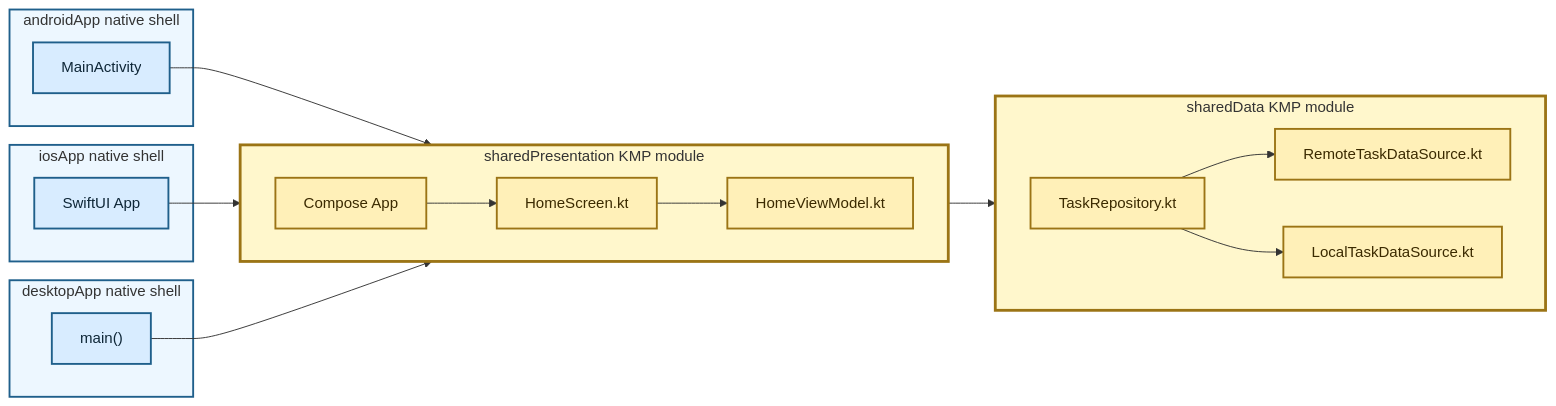
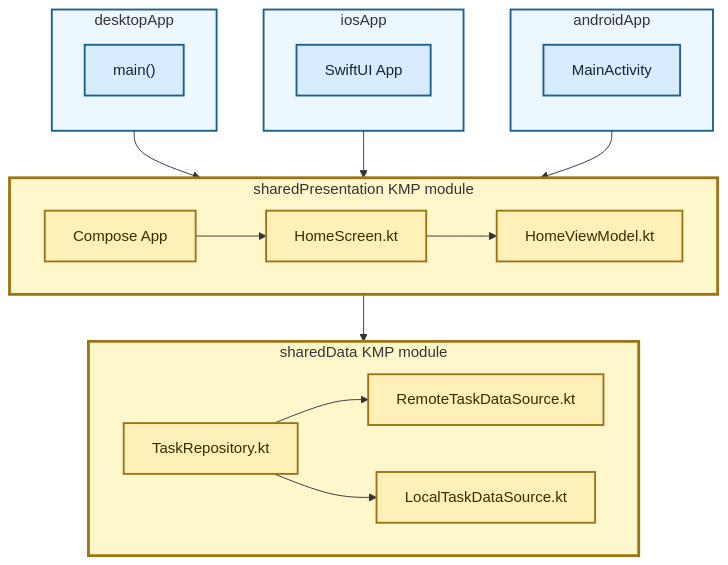
Before and after one commit to TheSetox/kmp-sample-diagrams: the diagram in diagrams/08-kmp-presentation-data-layer.md, drawn with Mermaid. The commit also changed 19 other files, not shown here.

Commit message:
docs: align platform diagram boxes

````diff
--- a/diagrams/08-kmp-presentation-data-layer.md
+++ b/diagrams/08-kmp-presentation-data-layer.md
@@ -5,46 +5,49 @@
 ```mermaid
-flowchart LR
-  subgraph Android["androidApp native shell"]
+flowchart TB
+  subgraph Android["androidApp"]
+    direction TB
     AndroidEntry["MainActivity"]
   end
 
-  subgraph IOS["iosApp native shell"]
+  subgraph IOS["iosApp"]
+    direction TB
     IOSEntry["SwiftUI App"]
   end
 
-  subgraph Desktop["desktopApp native shell"]
+  subgraph Desktop["desktopApp"]
+    direction TB
     DesktopEntry["main()"]
   end
 
   subgraph Presentation["sharedPresentation KMP module"]
     direction LR
     App["Compose App"]
     Screen["HomeScreen.kt"]
     VM["HomeViewModel.kt"]
     App --> Screen --> VM
   end
 
   subgraph Data["sharedData KMP module"]
     direction LR
     Repository["TaskRepository.kt"]
     Remote["RemoteTaskDataSource.kt"]
     Cache["LocalTaskDataSource.kt"]
     Repository --> Remote
     Repository --> Cache
   end
 
   AndroidEntry --> App
   IOSEntry --> App
   DesktopEntry --> App
   VM --> Repository
 
   classDef app fill:#d8ecff,stroke:#1f5f8b,color:#0f2738,stroke-width:2px;
   classDef kmp fill:#fff0b8,stroke:#9b7415,color:#3b2a00,stroke-width:2px;
   class AndroidEntry,IOSEntry,DesktopEntry app;
   class App,Screen,VM,Repository,Remote,Cache kmp;
   style Android fill:#edf7ff,stroke:#1f5f8b,stroke-width:2px
   style IOS fill:#edf7ff,stroke:#1f5f8b,stroke-width:2px
   style Desktop fill:#edf7ff,stroke:#1f5f8b,stroke-width:2px
   style Presentation fill:#fff7cc,stroke:#9b7415,stroke-width:3px
   style Data fill:#fff7cc,stroke:#9b7415,stroke-width:3px
 ```
````
